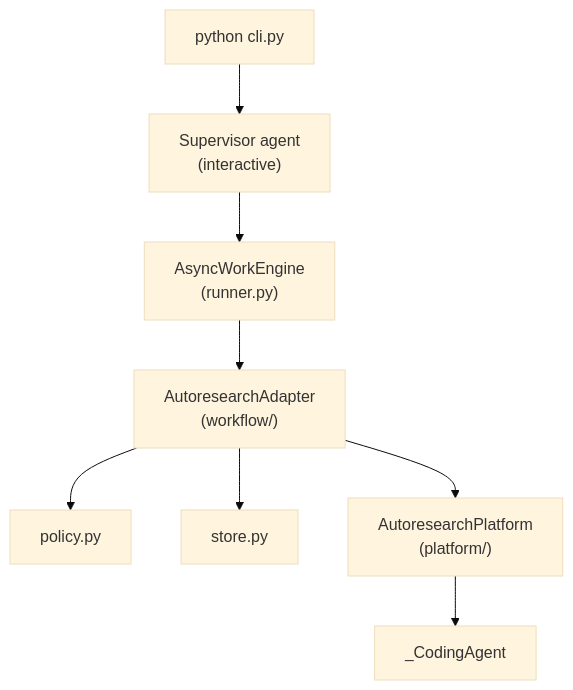
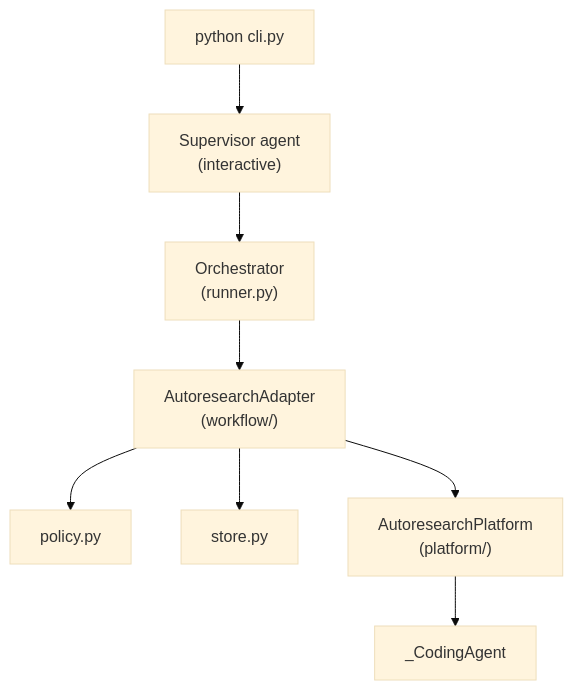
The first of 2 diagrams in docs/source/autoresearch/autoresearch_architecture.rst (facebookresearch/spdl), drawn with Mermaid (base theme) before and after one commit. The commit also changed other lines of this file and 13 other files, not shown here.

```diff
--- a/docs/source/autoresearch/autoresearch_architecture.rst
+++ b/docs/source/autoresearch/autoresearch_architecture.rst
@@ -16,19 +16,19 @@
 .. mermaid::
 
    flowchart TB
        CLI["python cli.py"]
        Supervisor["Supervisor agent<br>(interactive)"]
-       Engine["AsyncWorkEngine<br>(runner.py)"]
+       Engine["Orchestrator<br>(runner.py)"]
        Adapter["AutoresearchAdapter<br>(workflow/)"]
        Policy["policy.py"]
        Store["store.py"]
        Platform["AutoresearchPlatform<br>(platform/)"]
        Agent["_CodingAgent"]
 
        CLI --> Supervisor
        Supervisor --> Engine
        Engine --> Adapter
        Adapter --> Policy
        Adapter --> Store
        Adapter --> Platform
        Platform --> Agent
```
